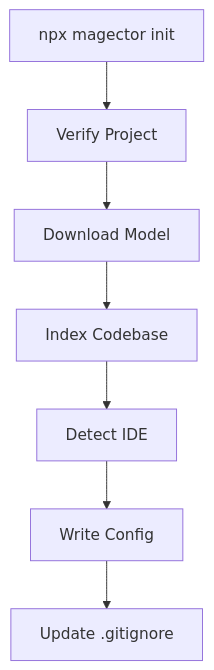
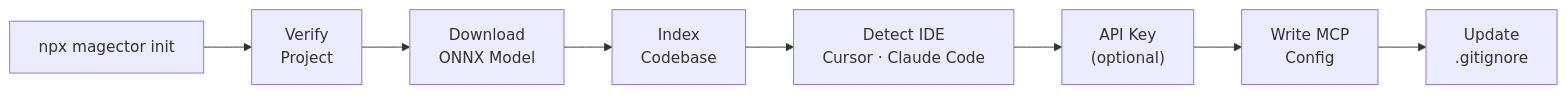
Before and after one commit to krejcif/magector: the fourth of 11 diagrams in README.md, drawn with Mermaid. The commit also changed other lines of this file and 3 other files, not shown here.

````diff
--- a/README.md
+++ b/README.md
@@ -150,9 +153,10 @@
 ```mermaid
-flowchart TD
-  A["npx magector init"] --> B[Verify Project]
-  B --> C[Download Model]
-  C --> D[Index Codebase]
-  D --> E[Detect IDE]
-  E --> F[Write Config]
-  F --> G[Update .gitignore]
+flowchart LR
+  A["npx magector init"] --> B["Verify<br/>Project"]
+  B --> C["Download<br/>ONNX Model"]
+  C --> D["Index<br/>Codebase"]
+  D --> E["Detect IDE<br/>Cursor · Claude Code"]
+  E --> E2["API Key<br/>(optional)"]
+  E2 --> F["Write MCP<br/>Config"]
+  F --> G["Update<br/>.gitignore"]
 ```
````
